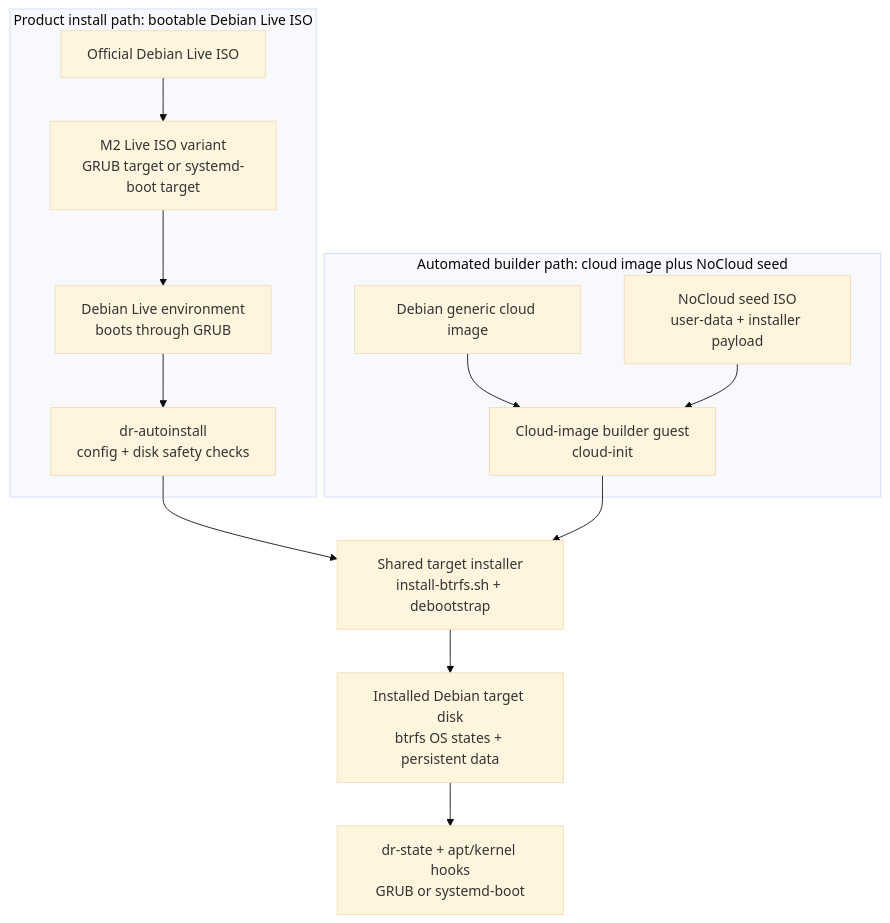
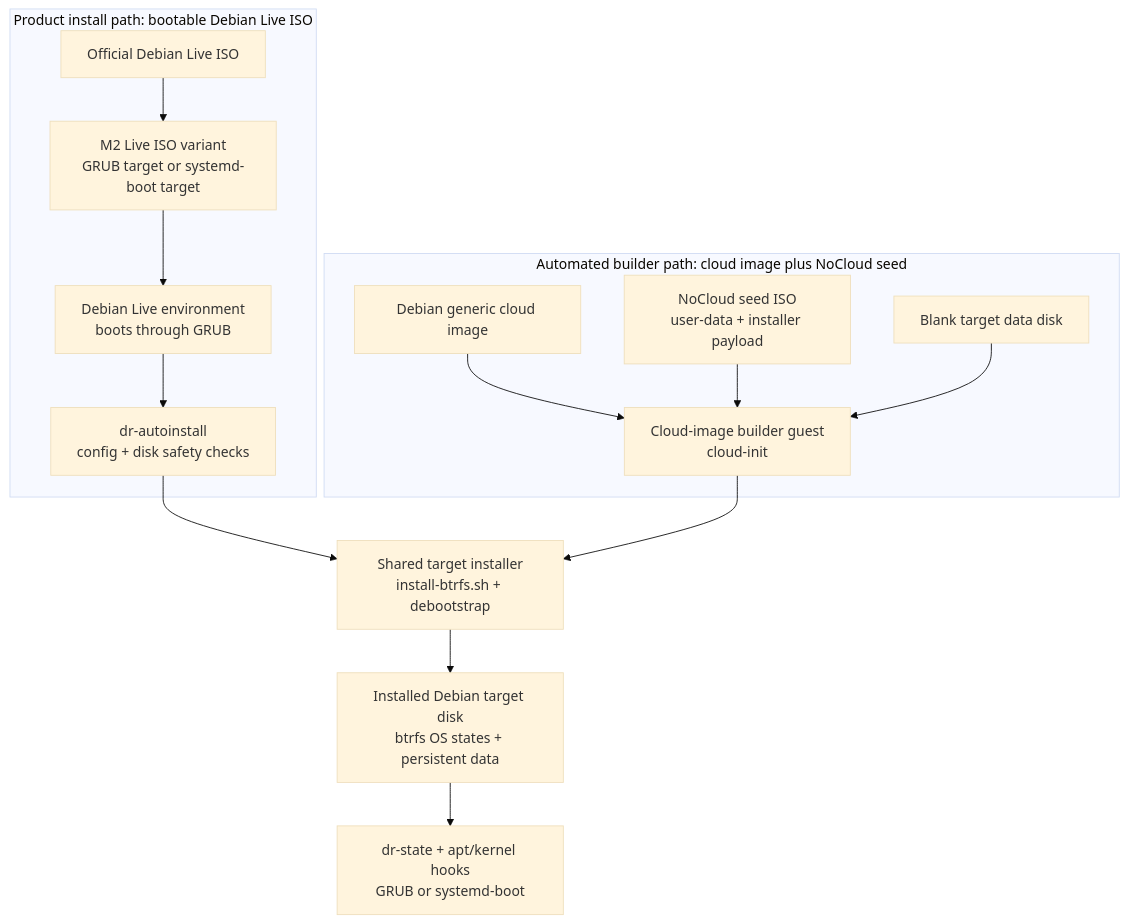
The diagram in scripts/debian-rollback/docs/INSTALLATION-ARCHITECTURE.md (volkb79-2/vbpub), drawn with Mermaid (base theme) before and after one commit. The commit also changed other lines of this file and 5 other files, not shown here.

````diff
--- a/scripts/debian-rollback/docs/INSTALLATION-ARCHITECTURE.md
+++ b/scripts/debian-rollback/docs/INSTALLATION-ARCHITECTURE.md
@@ -48,23 +57,25 @@
 ```mermaid
 flowchart TB
   subgraph M2[Product install path: bootable Debian Live ISO]
     LIVEBASE[Official Debian Live ISO]
     LIVEISO[M2 Live ISO variant<br/>GRUB target or systemd-boot target]
     LIVEENV[Debian Live environment<br/>boots through GRUB]
     LIVECTRL[dr-autoinstall<br/>config + disk safety checks]
     LIVEBASE --> LIVEISO --> LIVEENV --> LIVECTRL
   end
 
   subgraph POC[Automated builder path: cloud image plus NoCloud seed]
     CLOUD[Debian generic cloud image]
     BUILDER[Cloud-image builder guest<br/>cloud-init]
     SEED[NoCloud seed ISO<br/>user-data + installer payload]
+    BLANK[Blank target data disk]
     CLOUD --> BUILDER
     SEED --> BUILDER
+    BLANK --> BUILDER
   end
 
   LIVECTRL --> INSTALL[Shared target installer<br/>install-btrfs.sh + debootstrap]
   BUILDER --> INSTALL
   INSTALL --> TARGET[Installed Debian target disk<br/>btrfs OS states + persistent data]
   TARGET --> RUNTIME[dr-state + apt/kernel hooks<br/>GRUB or systemd-boot]
 ```
````
